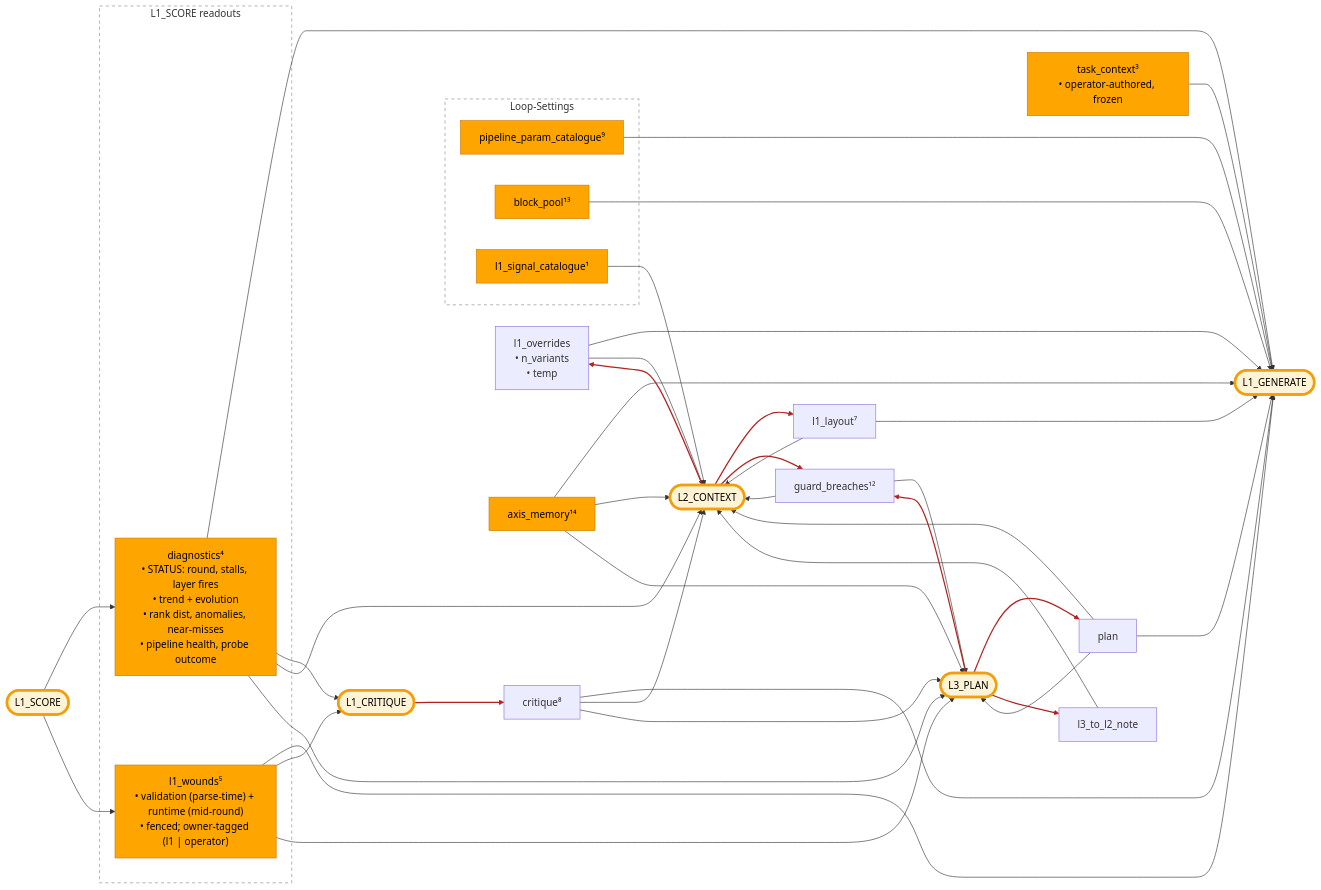
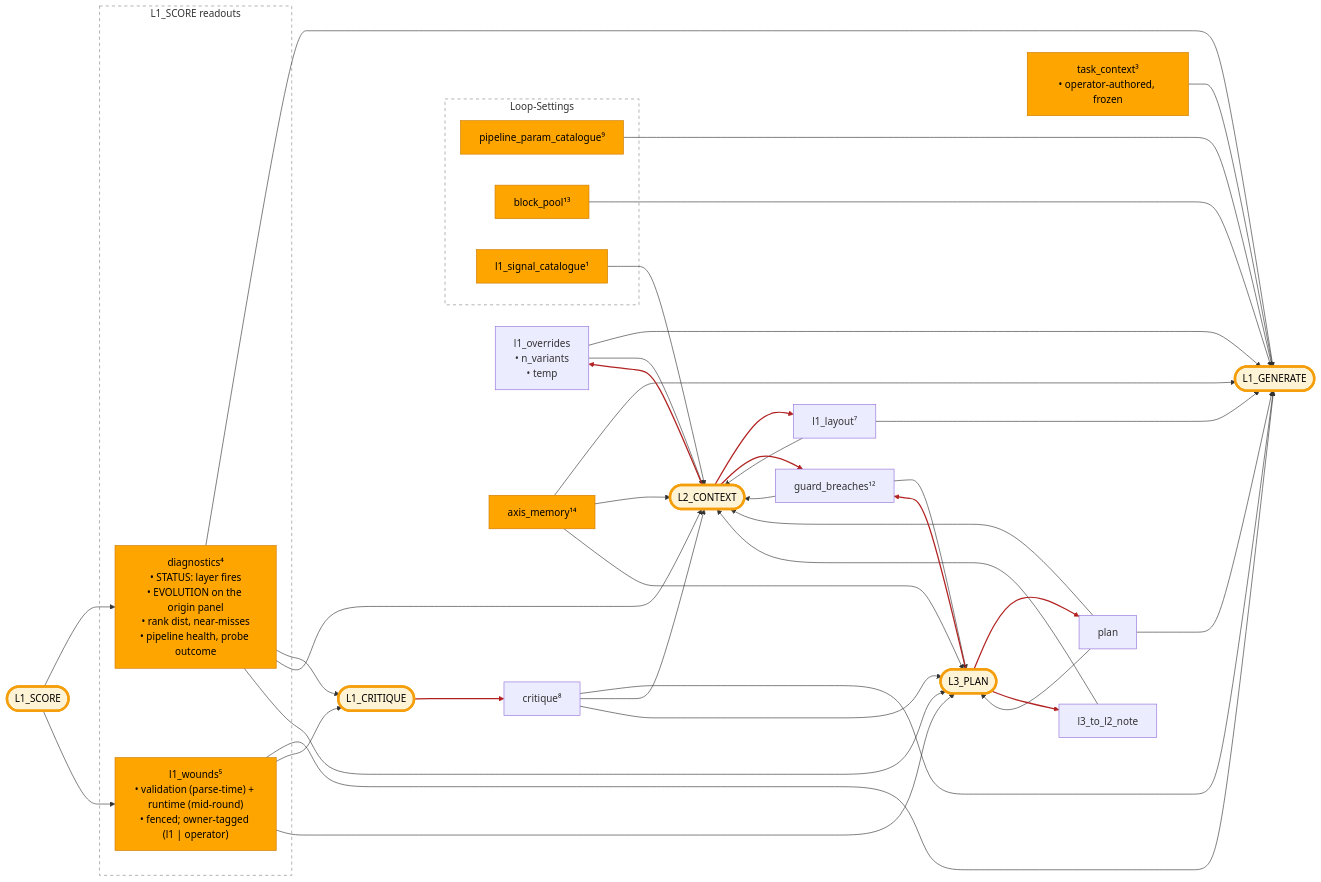
One commit to PromptPotter/prompt-potter-optimizer changed the diagram in docs/developer/dispatch-hub.md. Above: the diagram before and after it, drawn with Mermaid. The commit also changed other lines of this file and 93 other files, not shown here.

```diff
--- a/docs/developer/dispatch-hub.md
+++ b/docs/developer/dispatch-hub.md
@@ -26,7 +26,7 @@
   %% L1_SCORE readouts — diagnostics is per-round on Bundle.digest; l1_wounds reads the last
   %% round's arms (validation, parse-time) + Cycle.runtime_failures (runtime, cross-round).
   subgraph SR["L1_SCORE readouts"]
-    DIAG["diagnostics⁴<br/>• STATUS: round, stalls, layer fires<br/>• trend + evolution<br/>• rank dist, anomalies, near-misses<br/>• pipeline health, probe outcome"]:::det
+    DIAG["diagnostics⁴<br/>• STATUS: layer fires<br/>• EVOLUTION on the origin panel<br/>• rank dist, near-misses<br/>• pipeline health, probe outcome"]:::det
     L1W["l1_wounds⁵<br/>• validation (parse-time) + runtime (mid-round)<br/>• fenced; owner-tagged (l1 | operator)"]:::det
   end
   style SR fill:none,stroke:#888,stroke-dasharray: 5 5
```
